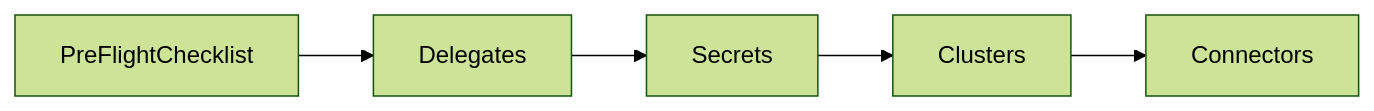
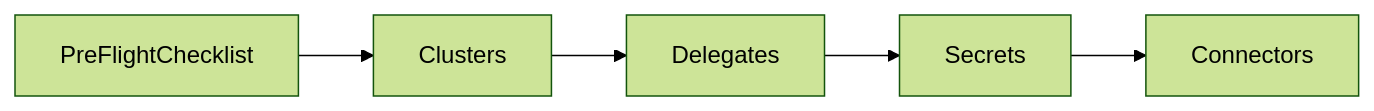
Before and after one commit to harness-community/cd-pipeline-sample: the diagram in README.md, drawn with Mermaid (forest theme). The commit also changed other lines of this file and 1 other file, not shown here.

````diff
--- a/README.md
+++ b/README.md
@@ -15,5 +11,5 @@
 ```mermaid
 graph LR
 
-PreFlightChecklist --> Delegates --> Secrets --> Clusters --> Connectors
+PreFlightChecklist --> Clusters --> Delegates --> Secrets --> Connectors
 ```
````
